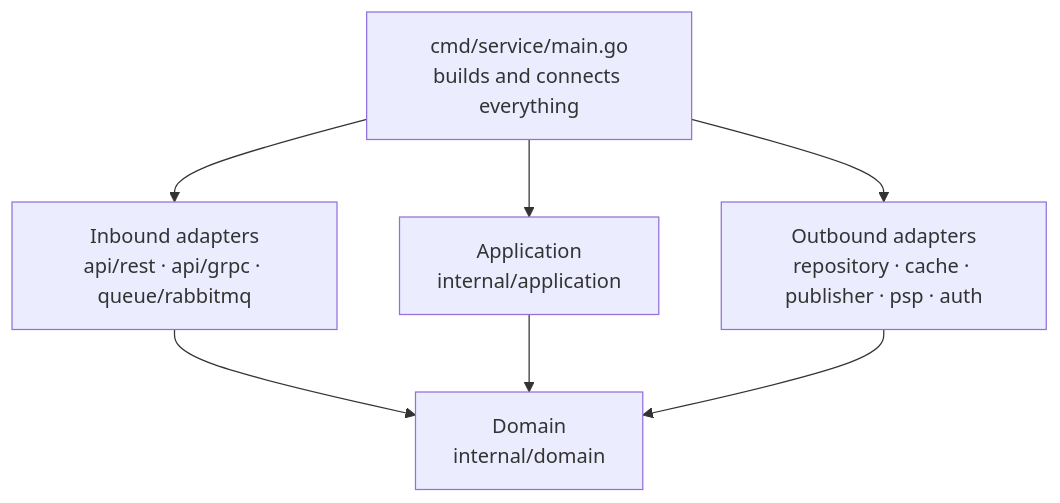
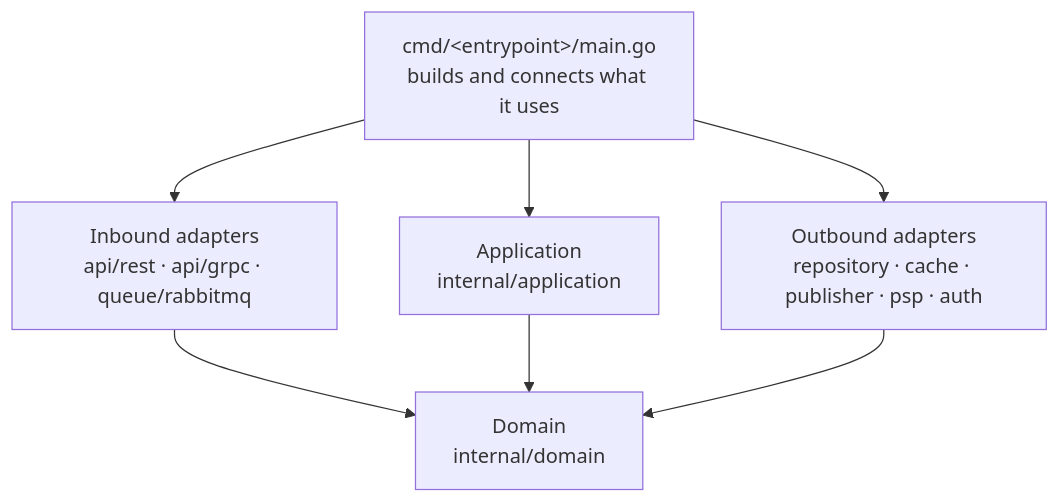
Before and after one commit to drew138/.dotfiles: the first of 2 diagrams in roles/ai/files/skills/go-service/references/architecture.md, drawn with Mermaid. The commit also changed other lines of this file and 7 other files, not shown here.

````diff
--- a/roles/ai/files/skills/go-service/references/architecture.md
+++ b/roles/ai/files/skills/go-service/references/architecture.md
@@ -5,15 +5,15 @@
 ```mermaid
 flowchart TB
-    main["cmd/service/main.go<br/>builds and connects everything"]
+    main["cmd/&lt;entrypoint&gt;/main.go<br/>builds and connects what it uses"]
     inbound["Inbound adapters<br/>api/rest · api/grpc · queue/rabbitmq"]
     outbound["Outbound adapters<br/>repository · cache · publisher · psp · auth"]
     app["Application<br/>internal/application"]
     domain["Domain<br/>internal/domain"]
 
     main --> inbound
     main --> app
     main --> outbound
     inbound --> domain
     app --> domain
     outbound --> domain
 ```
````
